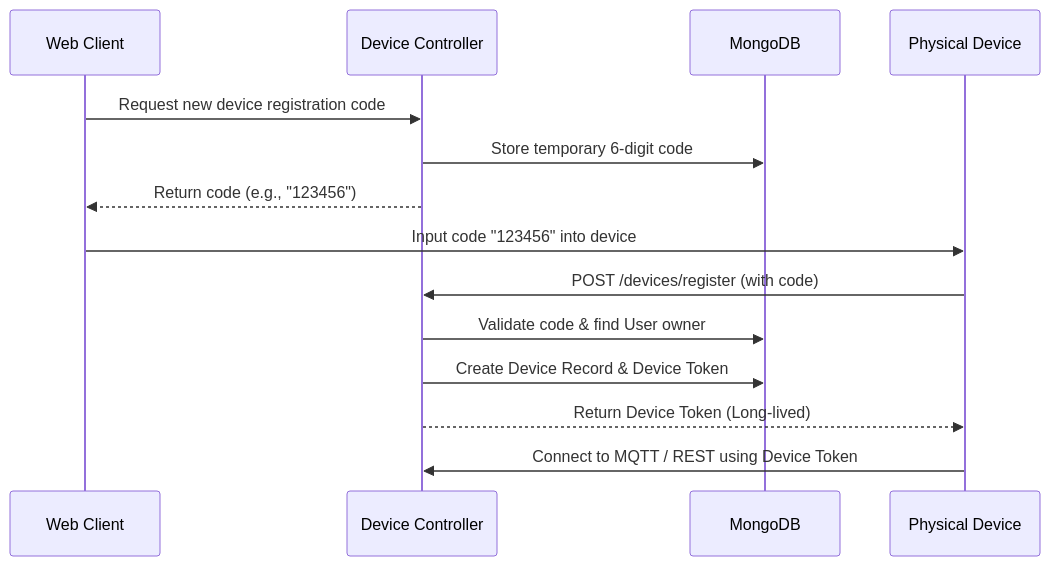
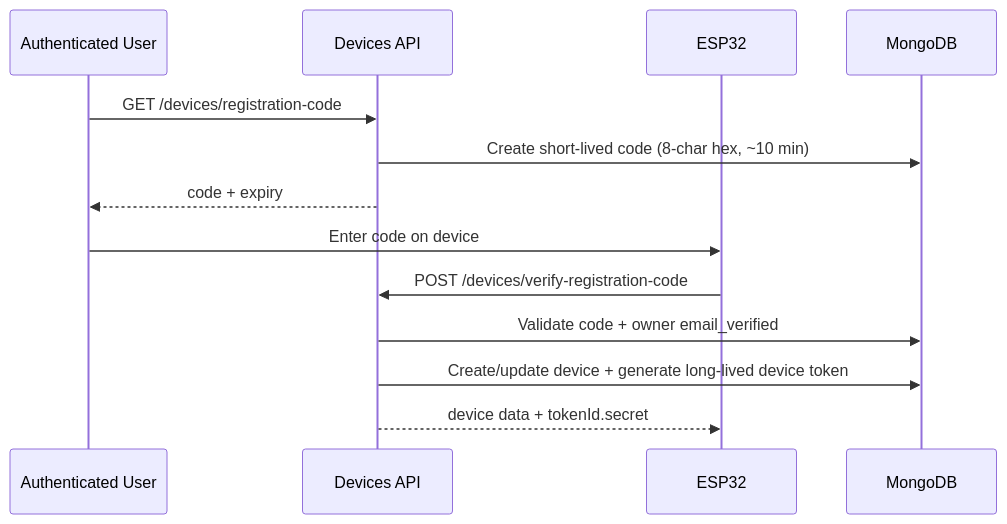
The third of 4 diagrams in docs/arch.md (ahmed-atef-gad/nexusflow-backend), drawn with Mermaid before and after one commit. The commit also changed other lines of this file, not shown here.

Commit message:
feat(docs): enhance system architecture documentation with updated diagrams and detailed module descriptions

````diff
--- a/docs/arch.md
+++ b/docs/arch.md
@@ -66,24 +105,17 @@
 ```mermaid
 sequenceDiagram
-    participant User as Web Client
-    participant API as Device Controller
+    participant User as Authenticated User
+    participant API as Devices API
+    participant Device as ESP32
     participant DB as MongoDB
-    participant IoT as Physical Device
 
-    %% Step 1: User generates a code
-    User->>API: Request new device registration code
-    API->>DB: Store temporary 6-digit code
-    API-->>User: Return code (e.g., "123456")
+    User->>API: GET /devices/registration-code
+    API->>DB: Create short-lived code (8-char hex, ~10 min)
+    API-->>User: code + expiry
 
-    %% Step 2: User inputs code to the physical device (via BLE/WiFi AP)
-    User->>IoT: Input code "123456" into device
-
-    %% Step 3: Device claims itself
-    IoT->>API: POST /devices/register (with code)
-    API->>DB: Validate code & find User owner
-    API->>DB: Create Device Record & Device Token
-    API-->>IoT: Return Device Token (Long-lived)
-
-    %% Step 4: Normal operations
-    IoT->>API: Connect to MQTT / REST using Device Token
+    User->>Device: Enter code on device
+    Device->>API: POST /devices/verify-registration-code
+    API->>DB: Validate code + owner email_verified
+    API->>DB: Create/update device + generate long-lived device token
+    API-->>Device: device data + tokenId.secret
 ```
````
